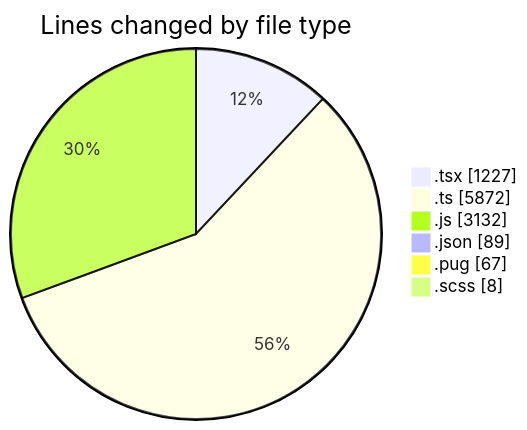
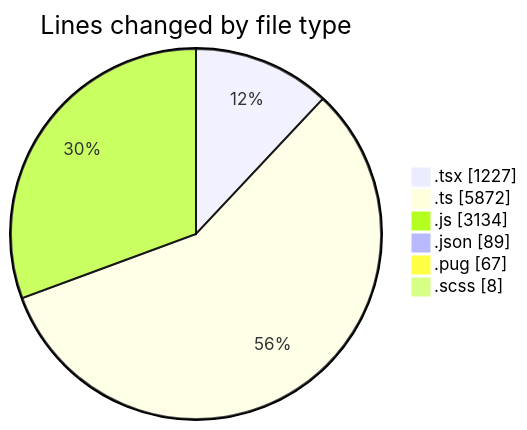
Before and after one commit to momahboobian/code-tracking: the first of 2 diagrams in 2025-03-24/cda/README.md, drawn with Mermaid. The commit also changed other lines of this file and 1 other file, not shown here.

````diff
--- a/2025-03-24/cda/README.md
+++ b/2025-03-24/cda/README.md
@@ -41,10 +41,10 @@
 ```mermaid
 pie showData
 title Lines changed by file type
 ".tsx" : 1227
 ".ts" : 5872
-".js" : 3132
+".js" : 3134
 ".json" : 89
 ".pug" : 67
 ".scss" : 8
 ```
````
